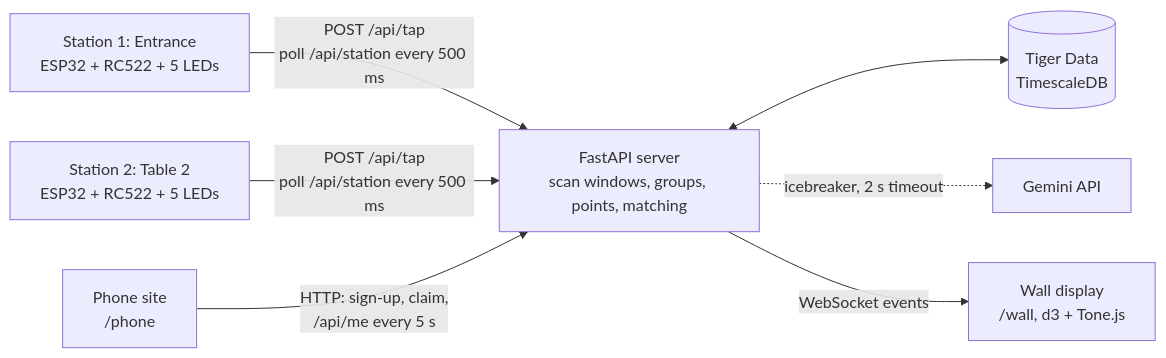
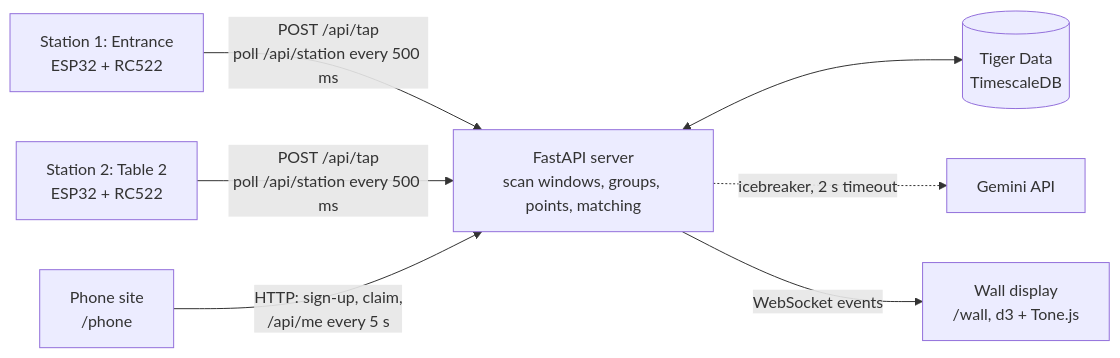
Before and after one commit to BU-Hackathonz/TapIn: the diagram in README.md, drawn with Mermaid.

Commit message:
README diagram: stations are ESP32 + RC522, no LED strip

````diff
--- a/README.md
+++ b/README.md
@@ -36,9 +36,9 @@
 ```mermaid
 flowchart LR
-    S1["Station 1: Entrance<br/>ESP32 + RC522 + 5 LEDs"] -- "POST /api/tap<br/>poll /api/station every 500 ms" --> SRV
-    S2["Station 2: Table 2<br/>ESP32 + RC522 + 5 LEDs"] -- "POST /api/tap<br/>poll /api/station every 500 ms" --> SRV
+    S1["Station 1: Entrance<br/>ESP32 + RC522"] -- "POST /api/tap<br/>poll /api/station every 500 ms" --> SRV
+    S2["Station 2: Table 2<br/>ESP32 + RC522"] -- "POST /api/tap<br/>poll /api/station every 500 ms" --> SRV
     SRV["FastAPI server<br/>scan windows, groups, points, matching"] <--> DB[("Tiger Data<br/>TimescaleDB")]
     SRV -. "icebreaker, 2 s timeout" .-> GEM["Gemini API"]
     SRV -- "WebSocket events" --> WALL["Wall display<br/>/wall, d3 + Tone.js"]
     PHONE["Phone site<br/>/phone"] -- "HTTP: sign-up, claim,<br/>/api/me every 5 s" --> SRV
 ```
````
